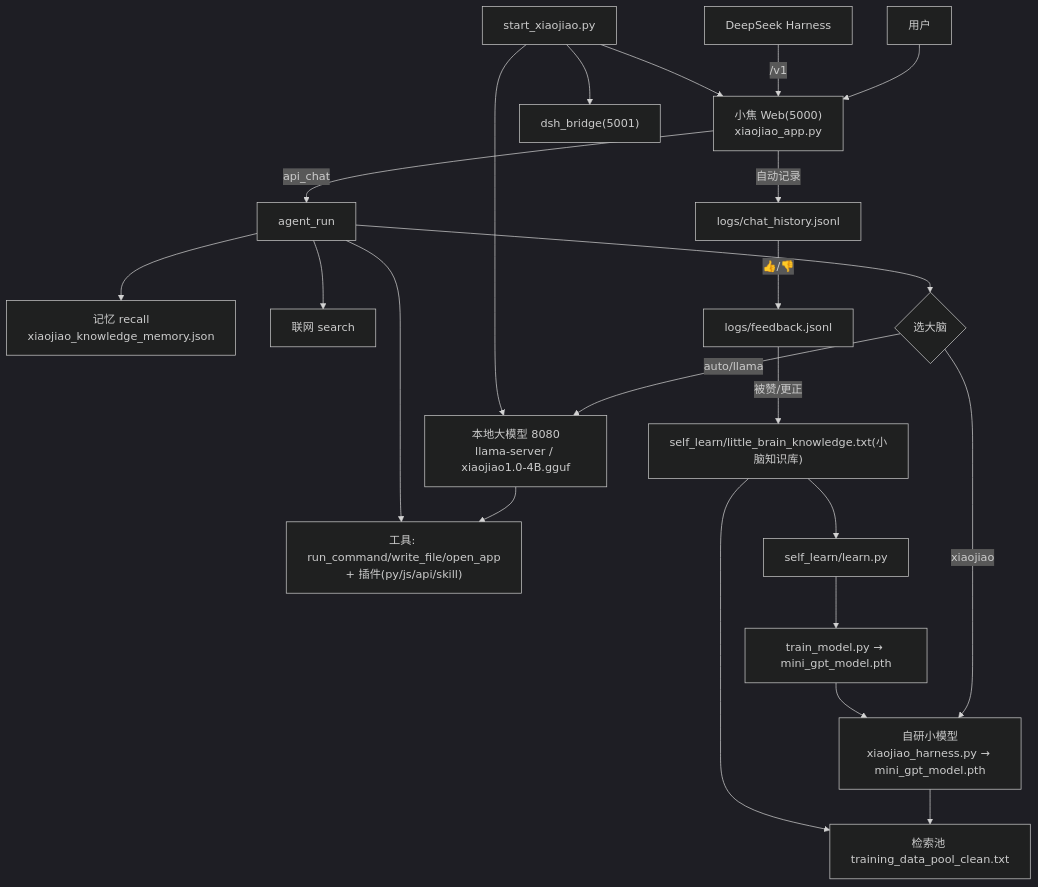
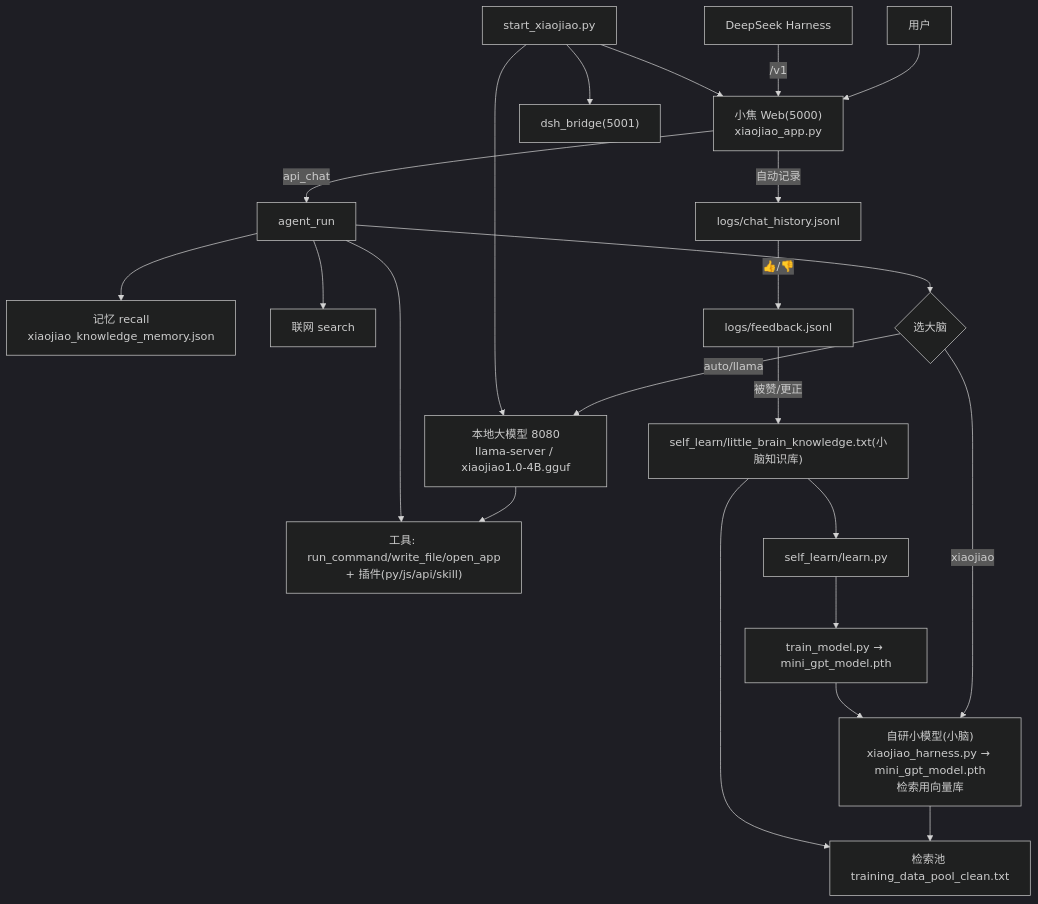
One commit to jiangchuangege/xiaojiao-harness changed the fifth of 5 diagrams in README.md. Above: the diagram before and after it, drawn with Mermaid (dark theme). The commit also changed 2 other files, not shown here.

Commit message:
feat: 小脑检索升级为向量库优先(反射+功能用法)，先向量后字符集回退；写清'小脑角色(学答案非跑插件)'+更新图

````diff
--- a/README.md
+++ b/README.md
@@ -463,24 +463,24 @@
 ```mermaid
 flowchart TD
     U["用户"] --> W["小焦 Web(5000)<br/>xiaojiao_app.py"]
     DSH["DeepSeek Harness"] -->|/v1| W
     W -->|api_chat| A["agent_run"]
     A --> M["记忆 recall<br/>xiaojiao_knowledge_memory.json"]
     A --> S["联网 search"]
     A --> C{"选大脑"}
     C -->|auto/llama| BIG["本地大模型 8080<br/>llama-server / xiaojiao1.0-4B.gguf"]
-    C -->|xiaojiao| SMALL["自研小模型<br/>xiaojiao_harness.py → mini_gpt_model.pth"]
+    C -->|xiaojiao| SMALL["自研小模型(小脑)<br/>xiaojiao_harness.py → mini_gpt_model.pth<br/>检索用向量库"]
     BIG --> TOOLS["工具: run_command/write_file/open_app<br/>+ 插件(py/js/api/skill)"]
     A --> TOOLS
     SMALL --> RET["检索池 training_data_pool_clean.txt"]
     W -->|自动记录| LOG["logs/chat_history.jsonl"]
     LOG -->|👍/👎| FB["logs/feedback.jsonl"]
     FB -->|被赞/更正| KNOW["self_learn/little_brain_knowledge.txt(小脑知识库)"]
     KNOW --> RET
     KNOW --> T2["self_learn/learn.py"]
     T2 --> TRAIN["train_model.py → mini_gpt_model.pth"]
     TRAIN --> SMALL
     ST["start_xiaojiao.py"] --> BIG
     ST --> W
     ST --> BR["dsh_bridge(5001)"]
 ```
````
